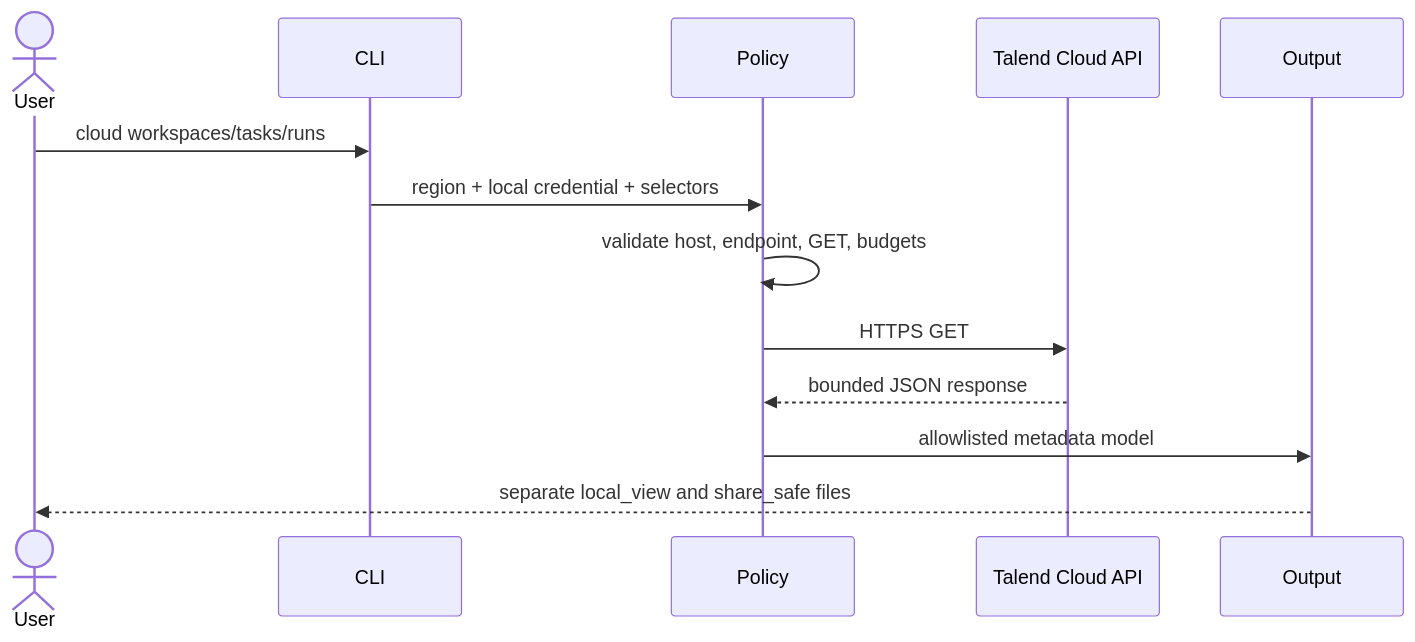
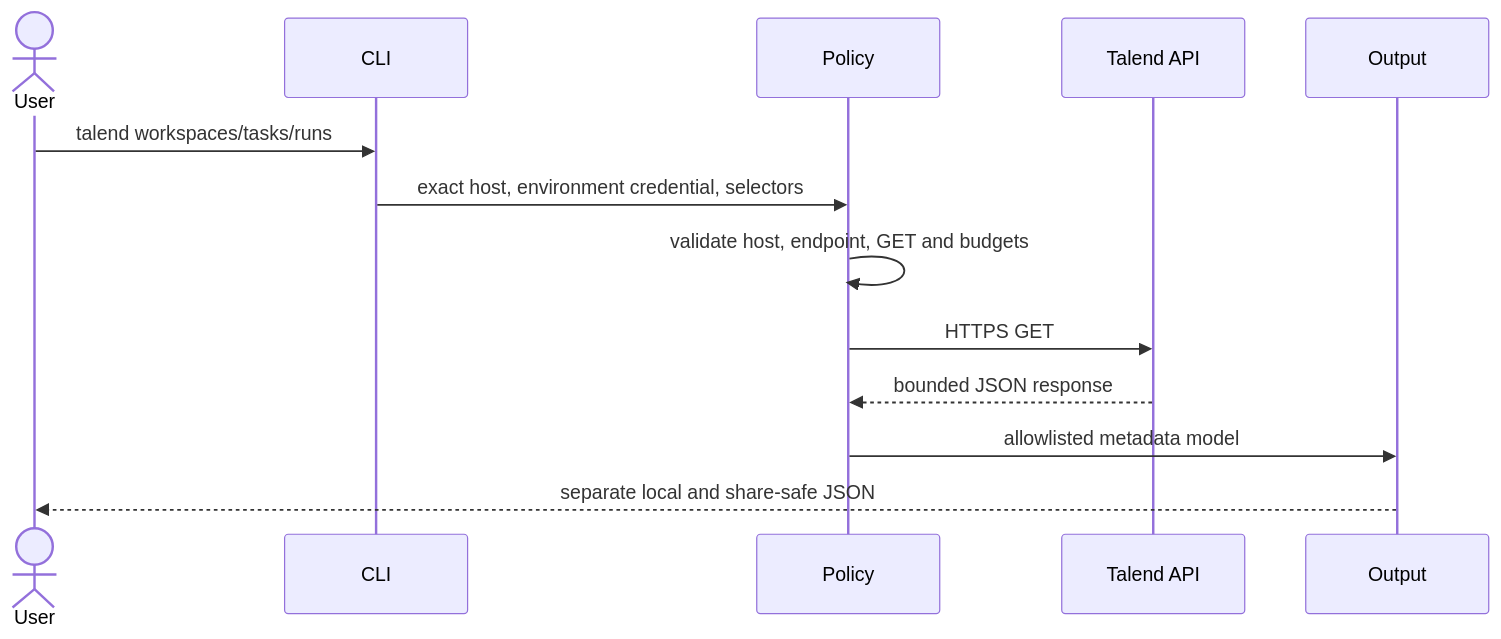
One commit to emrekaany/talend-cloud-github-api-starter changed the third of 4 diagrams in docs/architecture.md. Above: the diagram before and after it, drawn with Mermaid. The commit also changed other lines of this file and 44 other files, not shown here.

Commit message:
feat: release Talend API and GitHub API CLI v0.2

````diff
--- a/docs/architecture.md
+++ b/docs/architecture.md
@@ -56,16 +83,16 @@
 ```mermaid
 sequenceDiagram
     actor User
     participant CLI
     participant Policy
-    participant Cloud as Talend Cloud API
+    participant API as Talend API
     participant Output
 
-    User->>CLI: cloud workspaces/tasks/runs
-    CLI->>Policy: region + local credential + selectors
-    Policy->>Policy: validate host, endpoint, GET, budgets
-    Policy->>Cloud: HTTPS GET
-    Cloud-->>Policy: bounded JSON response
+    User->>CLI: talend workspaces/tasks/runs
+    CLI->>Policy: exact host, environment credential, selectors
+    Policy->>Policy: validate host, endpoint, GET and budgets
+    Policy->>API: HTTPS GET
+    API-->>Policy: bounded JSON response
     Policy->>Output: allowlisted metadata model
-    Output-->>User: separate local_view and share_safe files
+    Output-->>User: separate local and share-safe JSON
 ```
````
